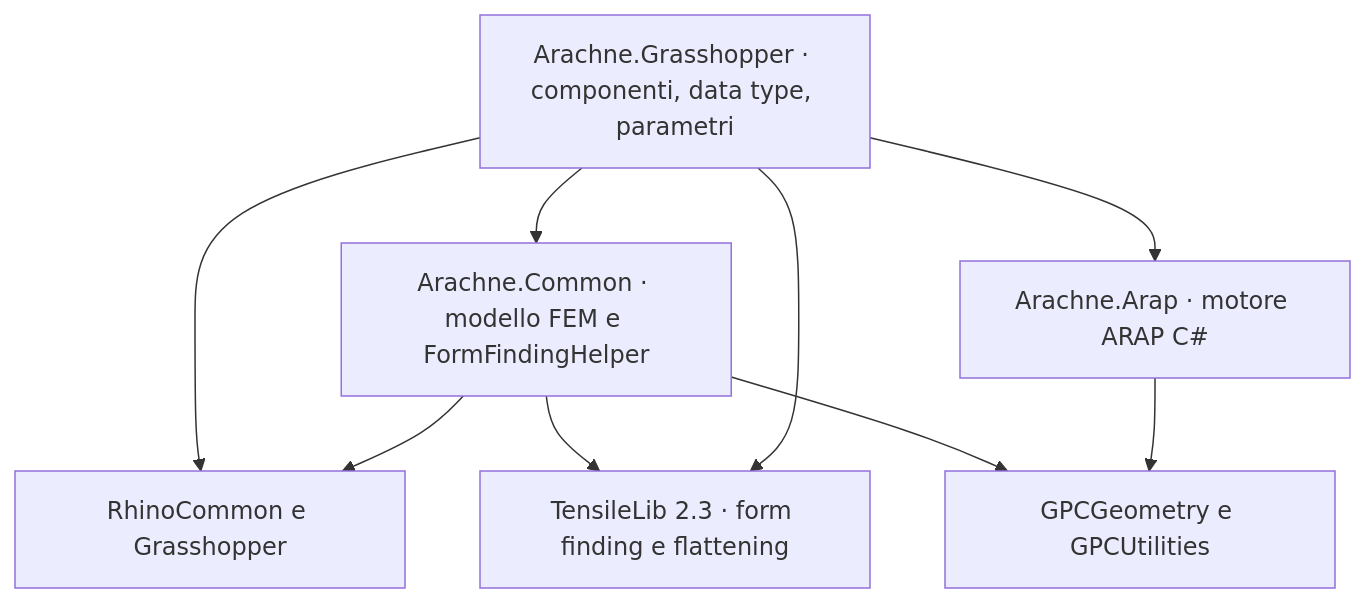
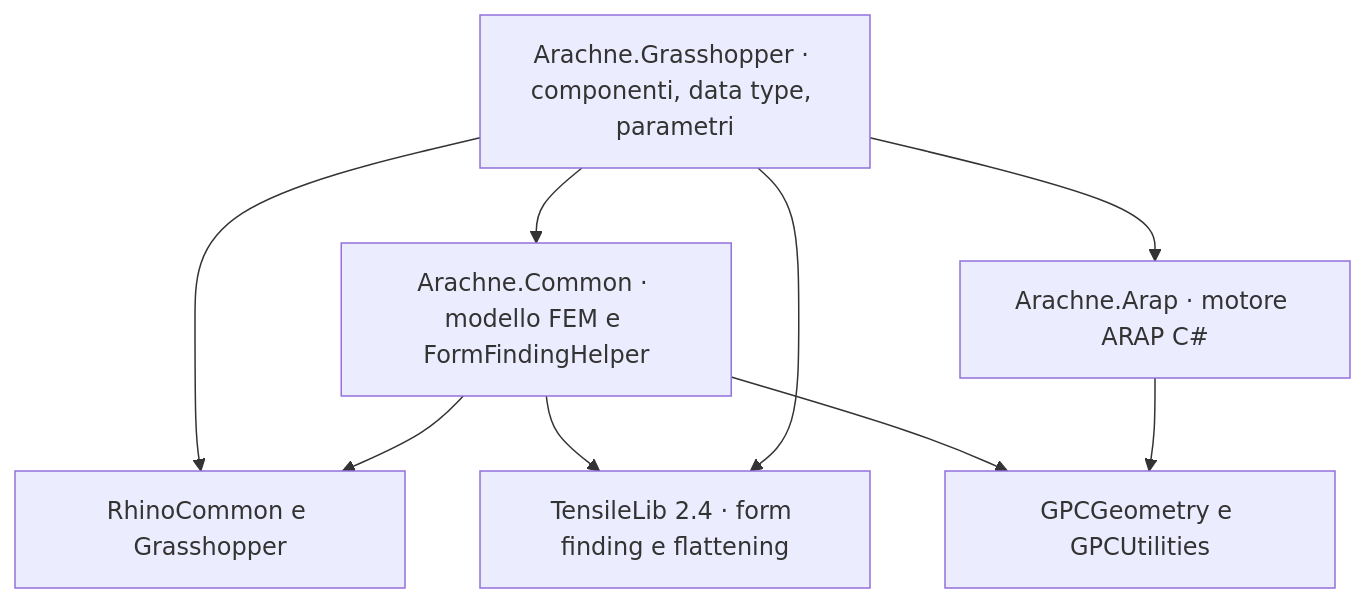
Before and after one commit to ITEC-GPA/Arachne: the diagram in docs/ARCHITECTURE.md, drawn with Mermaid. The commit also changed 14 other files, not shown here.

````diff
--- a/docs/ARCHITECTURE.md
+++ b/docs/ARCHITECTURE.md
@@ -3,11 +3,11 @@
 ```mermaid
 flowchart TD
   GH[Arachne.Grasshopper · componenti, data type, parametri] --> COMMON[Arachne.Common · modello FEM e FormFindingHelper]
   GH --> ARAP[Arachne.Arap · motore ARAP C#]
   GH --> RHINO[RhinoCommon e Grasshopper]
   COMMON --> RHINO
-  COMMON --> TL[TensileLib 2.3 · form finding e flattening]
+  COMMON --> TL[TensileLib 2.4 · form finding e flattening]
   COMMON --> GPC[GPCGeometry e GPCUtilities]
   GH --> TL
   ARAP --> GPC
 ```
````
